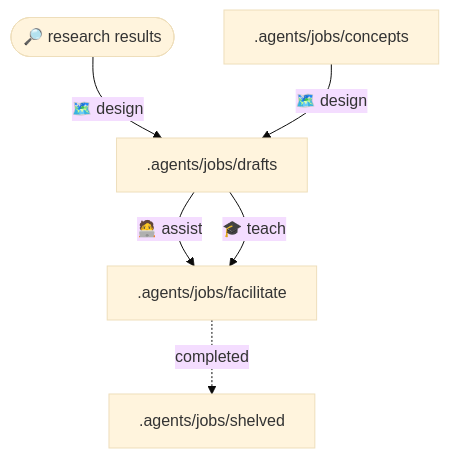
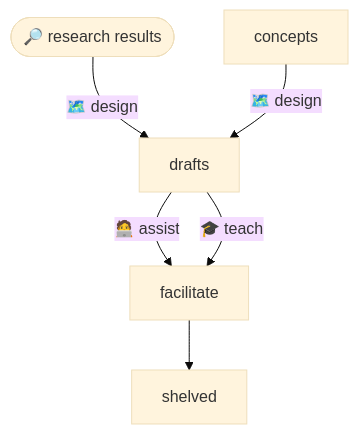
The second of 2 diagrams in docs/usage.md (ahumandev/autocode), drawn with Mermaid (base theme) before and after one commit. The commit also changed other lines of this file and 2 other files, not shown here.

First line of the commit message:
chore(agents) - improve prompts and agent visibility

````diff
--- a/docs/usage.md
+++ b/docs/usage.md
@@ -40,8 +40,8 @@
 ```mermaid
 flowchart TD
-  Research([🔎 research results]) --🗺️ design--> Drafts[.agents/jobs/drafts]
-  Concepts[ .agents/jobs/concepts] --🗺️ design--> Drafts
-  Drafts --🧑‍💻 assist --> Facilitate[.agents/jobs/facilitate]
-  Drafts --🎓 teach --> Facilitate
-  Facilitate -.completed.-> Shelved[.agents/jobs/shelved]
+  Research([🔎 research results]) --🗺️ design--> drafts
+  concepts --🗺️ design--> drafts
+  drafts --🧑‍💻 assist --> facilitate
+  drafts --🎓 teach --> facilitate
+  facilitate --> shelved
 ```
````
